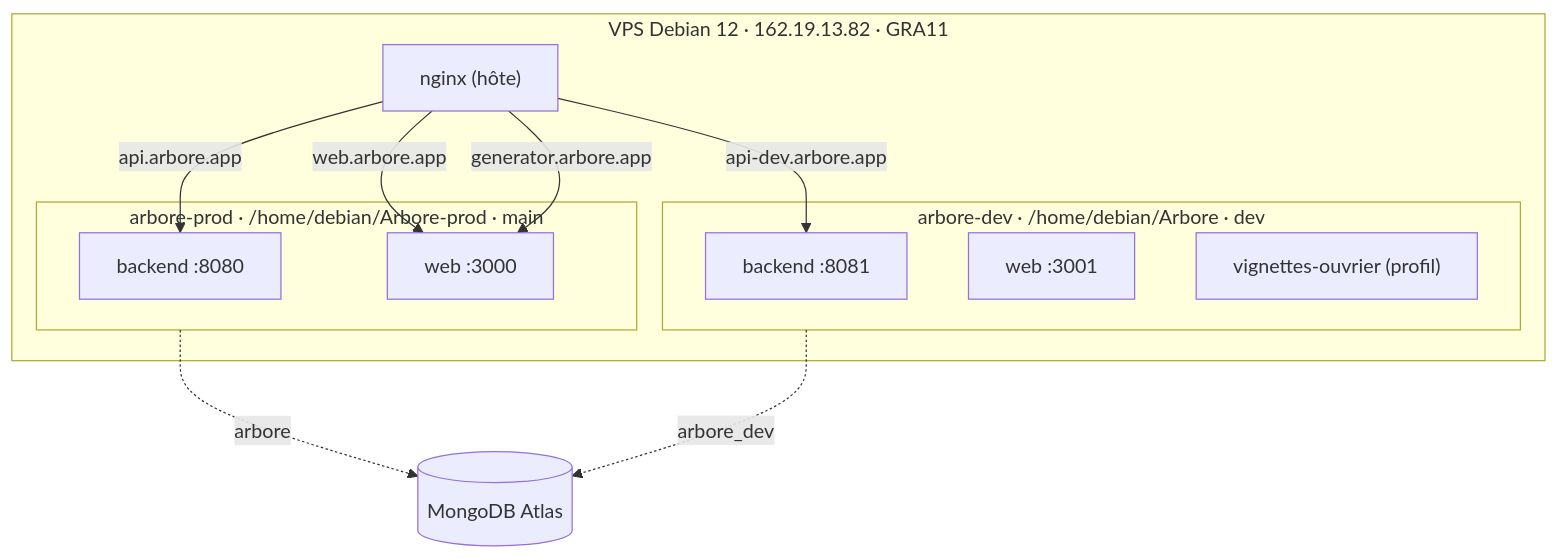
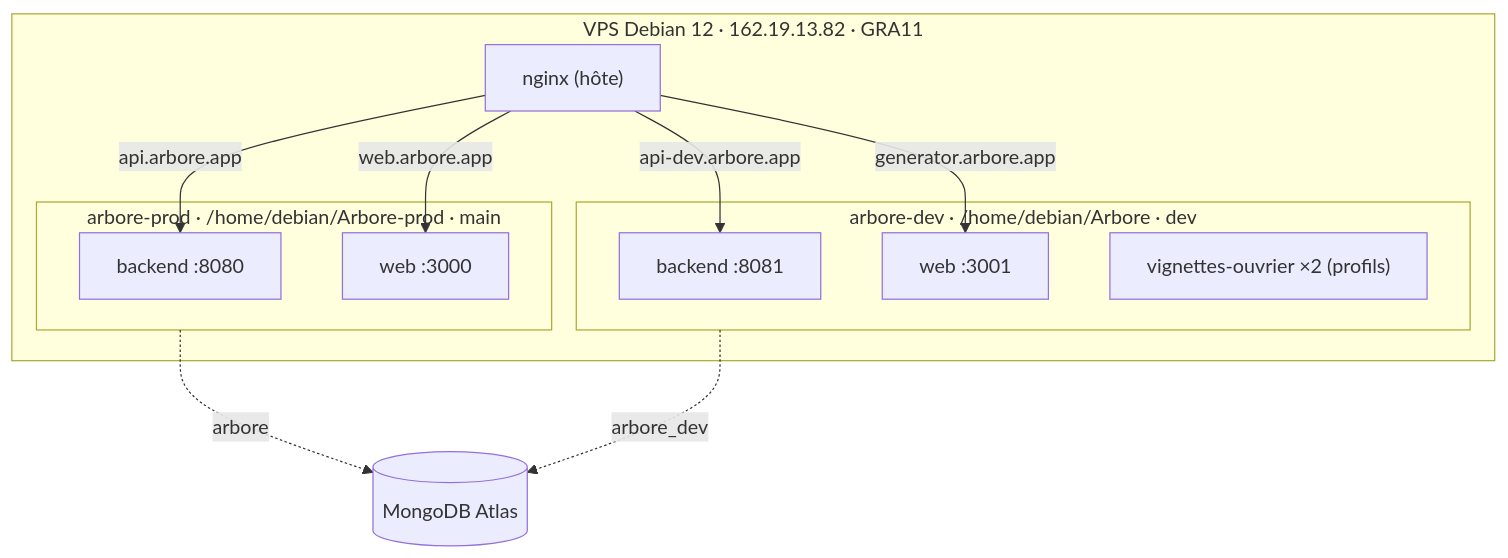
Before and after one commit to ArboreTeam/Arbore: the fourth of 5 diagrams in docs/fr/architecture/05-infrastructure.md, drawn with Mermaid. The commit also changed other lines of this file and 5 other files, not shown here.

````diff
--- a/docs/fr/architecture/05-infrastructure.md
+++ b/docs/fr/architecture/05-infrastructure.md
@@ -160,21 +160,21 @@
 ```mermaid
 flowchart TB
     subgraph vps["VPS Debian 12 · 162.19.13.82 · GRA11"]
         subgraph prod["arbore-prod · /home/debian/Arbore-prod · main"]
             p1["backend :8080"]
             p2["web :3000"]
         end
         subgraph devenv["arbore-dev · /home/debian/Arbore · dev"]
             d1["backend :8081"]
             d2["web :3001"]
-            d3["vignettes-ouvrier (profil)"]
+            d3["vignettes-ouvrier ×2 (profils)"]
         end
         nginx["nginx (hôte)"]
     end
     nginx -->|api.arbore.app| p1
     nginx -->|web.arbore.app| p2
-    nginx -->|generator.arbore.app| p2
+    nginx -->|generator.arbore.app| d2
     nginx -->|api-dev.arbore.app| d1
     prod -.->|arbore| mongo[("MongoDB Atlas")]
     devenv -.->|arbore_dev| mongo
 ```
````
